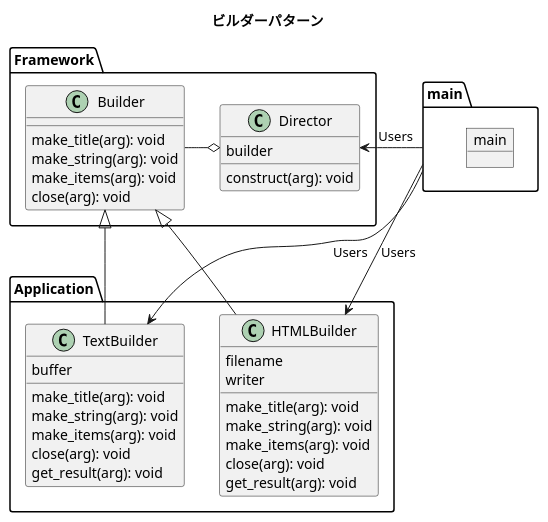
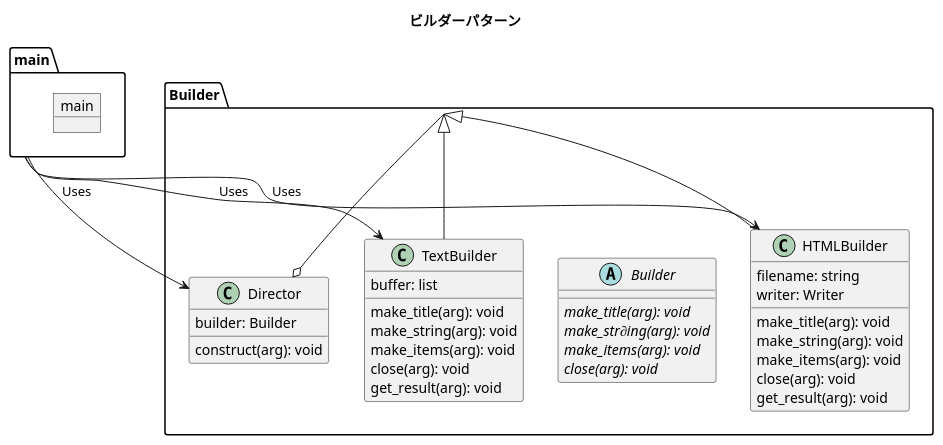
Before and after one commit to tanapiyo/design_pattern_with_python: the diagram in 07_builder/builder.pu, drawn with PlantUML. The commit also changed 2 other files, not shown here.

```diff
--- a/07_builder/builder.pu
+++ b/07_builder/builder.pu
@@ -1,53 +1,54 @@
 @startuml
 
 title ビルダーパターン
 
 package main {
     object main {
     }
 }
 
-package Framework {
+package Builder {
     class Director {
-        builder
+        builder: Builder
         construct(arg): void
     }
 
-    class Builder {
-        make_title(arg): void
-        make_string(arg): void
-        make_items(arg): void
-        close(arg): void
+    abstract Builder {
+        {abstract} make_title(arg): void
+        {abstract} make_str∂ing(arg): void
+        {abstract} make_items(arg): void
+        {abstract} close(arg): void
     }
-  Director o-right- Builder
-}
 
-package Application {
     class TextBuilder {
-        buffer
+        buffer: list
         make_title(arg): void
         make_string(arg): void
         make_items(arg): void
         close(arg): void
         get_result(arg): void
     }
 
     class HTMLBuilder {
-        filename
-        writer
+        filename: string
+        writer: Writer
         make_title(arg): void
         make_string(arg): void
         make_items(arg): void
         close(arg): void
         get_result(arg): void
-    }
+    } 
+}
     TextBuilder -up-|> Builder
     HTMLBuilder -up-|> Builder
-}
+    
+    main -right-> Director : Uses
+    main --> TextBuilder : Uses
+    main --> HTMLBuilder : Uses
 
-    main -right-> Director : Users
-    main --> TextBuilder : Users
-    main --> HTMLBuilder : Users
+    Director o-right- Builder
+    '左上から順に繋げる必要がある
+    
     
 
 @enduml
```
